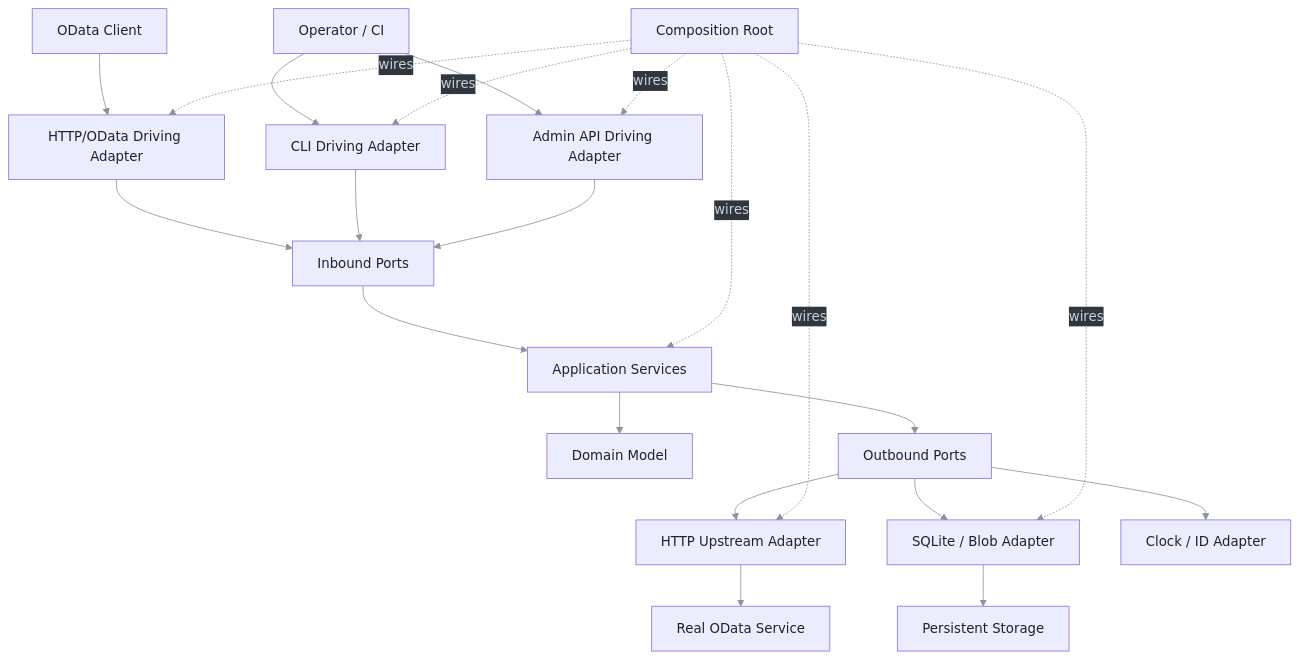
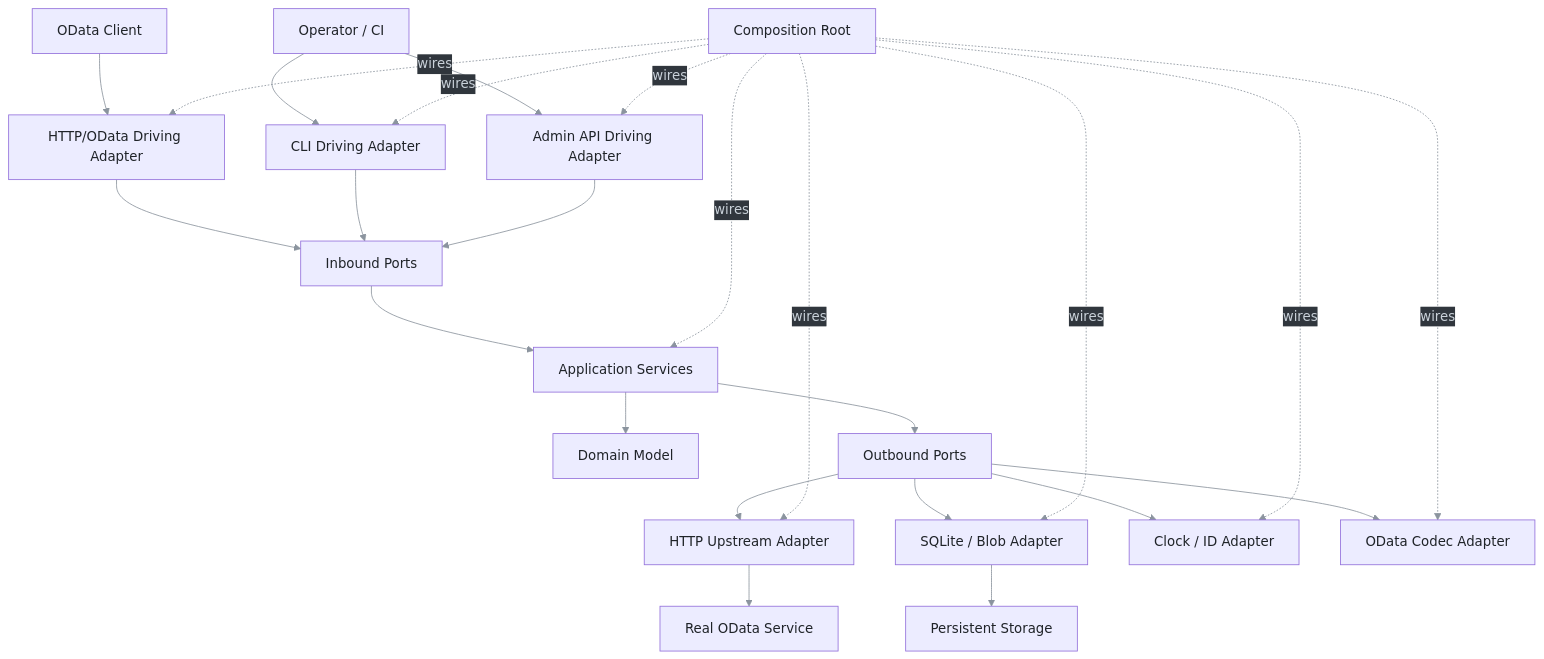
The first of 11 diagrams in spec/architecture.md (pt9912/odata-recorder), drawn with Mermaid before and after one commit. The commit also changed other lines of this file and 4 other files, not shown here.

````diff
--- a/spec/architecture.md
+++ b/spec/architecture.md
@@ -24,26 +24,29 @@
 ```mermaid
 %%{init: {'themeVariables': {'lineColor': '#8b949e', 'signalColor': '#8b949e', 'signalTextColor': '#8b949e', 'actorLineColor': '#8b949e', 'loopTextColor': '#8b949e', 'textColor': '#c9d1d9', 'primaryTextColor': '#1f2328', 'nodeTextColor': '#1f2328', 'actorTextColor': '#1f2328', 'noteTextColor': '#1f2328', 'edgeLabelBackground': '#30363d'}}}%%
 flowchart TB
   Client[OData Client] --> HTTP[HTTP/OData Driving Adapter]
   Operator[Operator / CI] --> CLI[CLI Driving Adapter]
   Operator --> Admin[Admin API Driving Adapter]
   HTTP --> In[Inbound Ports]
   CLI --> In
   Admin --> In
   In --> Svc[Application Services]
   Svc --> Domain[Domain Model]
   Svc --> Out[Outbound Ports]
   Out --> Upstream[HTTP Upstream Adapter]
   Out --> Store[SQLite / Blob Adapter]
   Out --> Clock[Clock / ID Adapter]
+  Out --> Codec[OData Codec Adapter]
   Upstream --> Remote[Real OData Service]
   Store --> Disk[Persistent Storage]
   Boot[Composition Root] -. wires .-> HTTP
   Boot -. wires .-> CLI
   Boot -. wires .-> Admin
   Boot -. wires .-> Svc
   Boot -. wires .-> Upstream
   Boot -. wires .-> Store
+  Boot -. wires .-> Codec
+  Boot -. wires .-> Clock
   classDef box color:#1f2328
-  class Client,HTTP,Operator,CLI,Admin,In,Svc,Domain,Out,Upstream,Store,Clock,Remote,Disk,Boot box
+  class Client,HTTP,Operator,CLI,Admin,In,Svc,Domain,Out,Upstream,Store,Clock,Codec,Remote,Disk,Boot box
 ```
````
